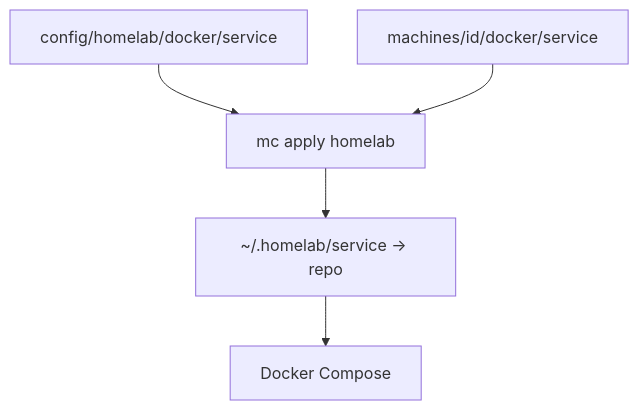
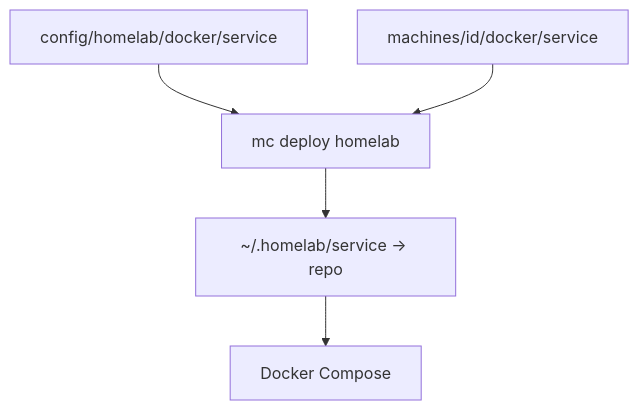
The diagram in config/homelab/README.md (mohdfareed/machine), drawn with Mermaid before and after one commit. The commit also changed other lines of this file and 29 other files, not shown here.

````diff
--- a/config/homelab/README.md
+++ b/config/homelab/README.md
@@ -83,7 +83,7 @@
 ```mermaid
 flowchart TD
-    Shared["config/homelab/docker/service"] --> Deploy["mc apply homelab"]
+    Shared["config/homelab/docker/service"] --> Deploy["mc deploy homelab"]
     Machine["machines/id/docker/service"] --> Deploy
     Deploy --> Link["~/.homelab/service → repo"]
     Link --> Compose["Docker Compose"]
 ```
````
